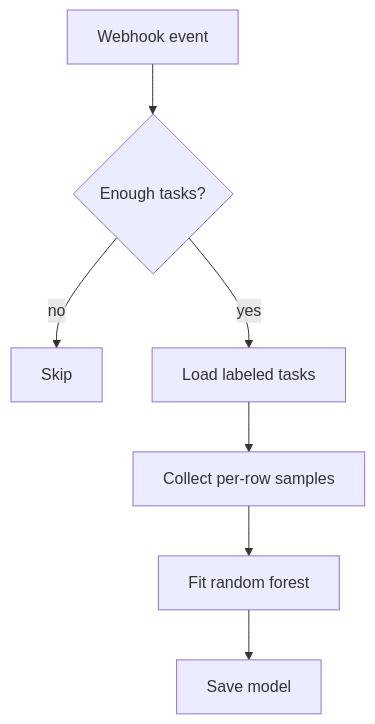
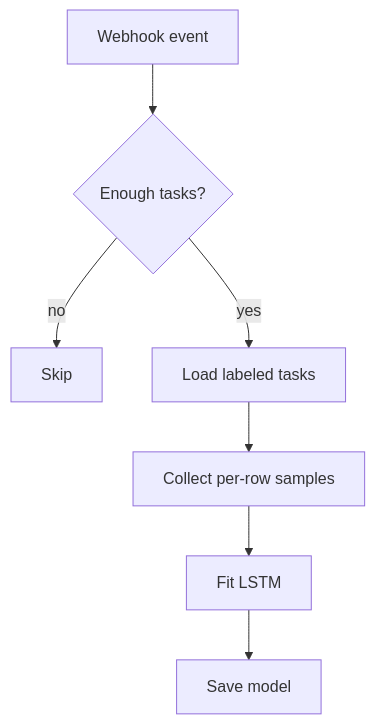
One commit to HumanSignal/label-studio-ml-backend changed the first of 2 diagrams in label_studio_ml/examples/timeseries_segmenter/README.md. Above: the diagram before and after it, drawn with Mermaid. The commit also changed other lines of this file and 4 other files, not shown here.

````diff
--- a/label_studio_ml/examples/timeseries_segmenter/README.md
+++ b/label_studio_ml/examples/timeseries_segmenter/README.md
@@ -79,9 +79,9 @@
 ```mermaid
 flowchart TD
   A[Webhook event] --> B{Enough tasks?}
   B -- no --> C[Skip]
   B -- yes --> D[Load labeled tasks]
   D --> E[Collect per-row samples]
-  E --> F[Fit random forest]
+  E --> F[Fit LSTM]
   F --> G[Save model]
 ```
````
